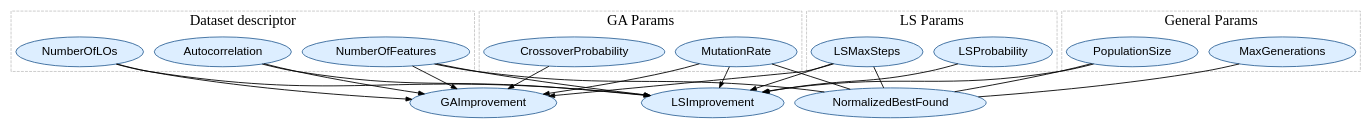
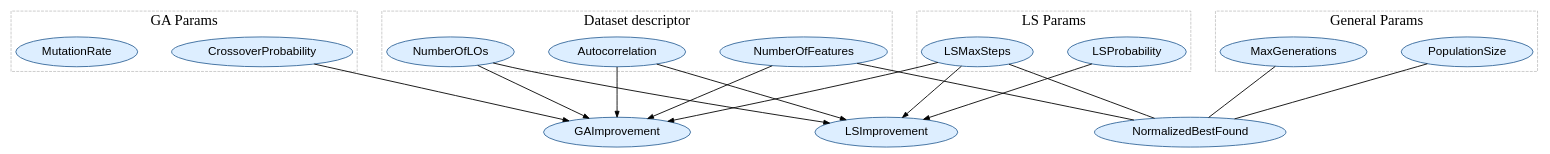
One commit to alfkristian02/MA-parametric-analysis changed the diagram in causal/pc_res/pc_nat.dot. Above: the diagram before and after it, drawn with Graphviz. The commit also changed 10 other files, not shown here.

```diff
--- a/causal/pc_res/pc_nat.dot
+++ b/causal/pc_res/pc_nat.dot
@@ -1,40 +1,39 @@
 digraph {
   rankdir=TB;
+  bgcolor=white;
+  nodesep=0.8;
+  ranksep=1.2;
+  splines=true;
   bgcolor=white;
   node [shape=ellipse fontsize=20 fontname="Helvetica" style=filled fillcolor="#ddeeff" color="#336699" penwidth=1.5 margin=0.1];
   edge [penwidth=1.5 arrowsize=1.0];
   subgraph cluster_dataset {
     label="Dataset descriptor"; style=dashed; color="#aaaaaa"; fontsize=25
     "Autocorrelation"; "NumberOfFeatures"; "NumberOfLOs";
   }
   subgraph cluster_ga {
     label="GA Params"; style=dashed; color="#aaaaaa"; fontsize=25
     "CrossoverProbability"; "MutationRate";
   }
   subgraph cluster_ls {
     label="LS Params"; style=dashed; color="#aaaaaa"; fontsize=25
     "LSProbability"; "LSMaxSteps";
   }
   subgraph cluster_general {
     label="General Params"; style=dashed; color="#aaaaaa"; fontsize=25
     "PopulationSize"; "MaxGenerations";
   }
   "CrossoverProbability" -> "GAImprovement";
-  "MutationRate" -> "NormalizedBestFound" [dir=none];
-  "MutationRate" -> "GAImprovement";
-  "MutationRate" -> "LSImprovement";
   "LSProbability" -> "LSImprovement";
   "LSMaxSteps" -> "NormalizedBestFound" [dir=none];
   "LSMaxSteps" -> "GAImprovement";
   "LSMaxSteps" -> "LSImprovement";
   "PopulationSize" -> "NormalizedBestFound" [dir=none];
-  "PopulationSize" -> "LSImprovement";
   "MaxGenerations" -> "NormalizedBestFound" [dir=none];
   "Autocorrelation" -> "GAImprovement";
   "Autocorrelation" -> "LSImprovement";
   "NumberOfFeatures" -> "NormalizedBestFound" [dir=none];
   "NumberOfFeatures" -> "GAImprovement";
-  "NumberOfFeatures" -> "LSImprovement";
   "NumberOfLOs" -> "GAImprovement";
   "NumberOfLOs" -> "LSImprovement";
 }
```
